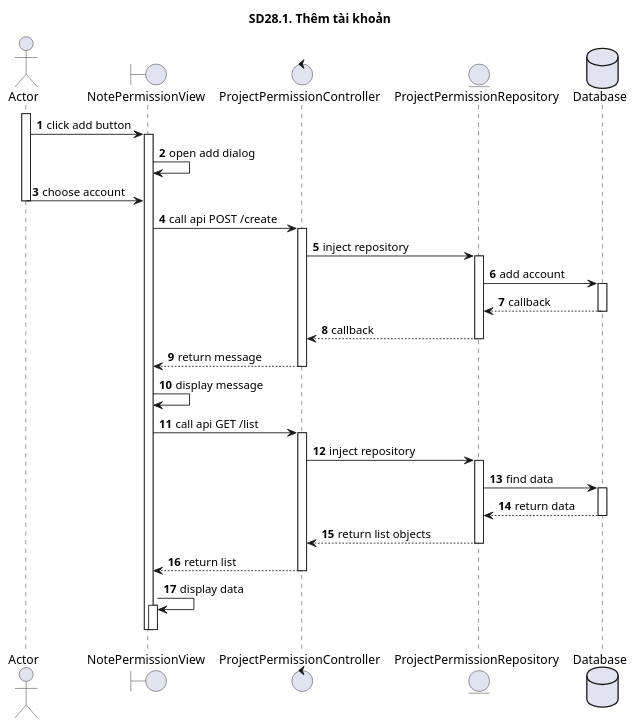
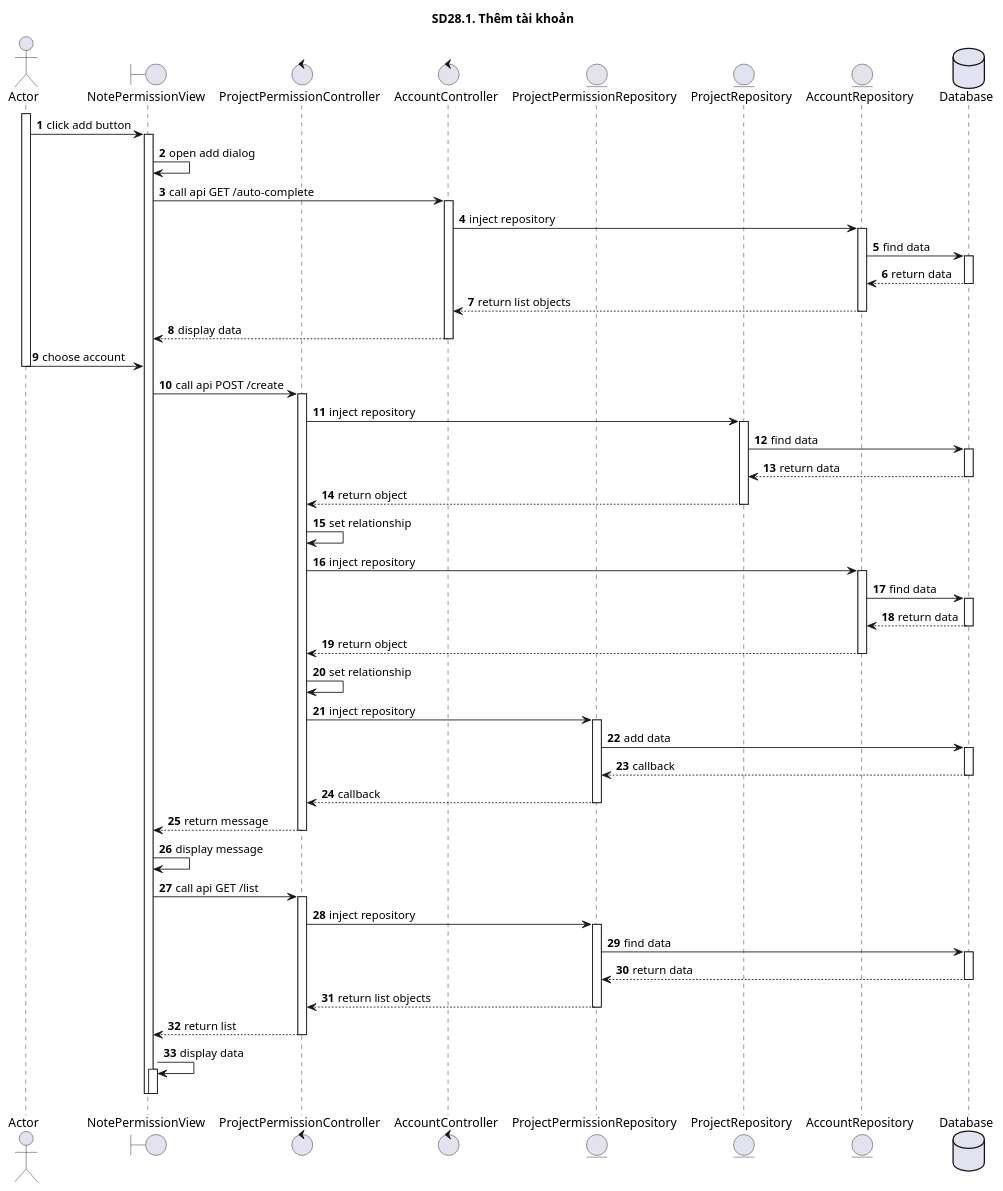
The diagram in 28_PhanQuyenGhiChu/sd28.1.puml (ITZ-Developers/Finance-UML), drawn with PlantUML before and after one commit. The commit also changed 3 other files, not shown here.

```diff
--- a/28_PhanQuyenGhiChu/sd28.1.puml
+++ b/28_PhanQuyenGhiChu/sd28.1.puml
@@ -1,44 +1,77 @@
 @startuml SQ
 autonumber
 title SD28.1. Thêm tài khoản
 actor "Actor" as actor
 boundary "NotePermissionView" as view
 control "ProjectPermissionController" as controller
+control "AccountController" as account
 entity "ProjectPermissionRepository" as model
+entity "ProjectRepository" as pj
+entity "AccountRepository" as acc
 database "Database" as database
 activate actor
 actor -> view: click add button
 activate view
 view -> view: open add dialog
+view -> account : call api GET /auto-complete
+activate account
+account -> acc : inject repository
+activate acc
+acc -> database : find data
+activate database
+database --> acc: return data
+deactivate database
+acc --> account: return list objects
+deactivate acc
+account --> view: display data
+deactivate account
 actor -> view: choose account
 deactivate actor
 view -> controller: call api POST /create
 activate controller
+controller -> pj : inject repository
+activate pj
+pj -> database : find data
+activate database
+database --> pj: return data
+deactivate database
+pj --> controller : return object
+deactivate pj
+controller -> controller: set relationship
+controller -> acc : inject repository
+activate acc
+acc -> database : find data
+activate database
+database --> acc: return data
+deactivate database
+acc --> controller : return object
+deactivate acc
+controller -> controller: set relationship
 controller -> model: inject repository
 activate model
-model -> database: add account
+model -> database: add data
 activate database
 database --> model: callback
 deactivate database
 model --> controller: callback
 deactivate model
 controller --> view: return message
 deactivate controller
 view -> view: display message
 view -> controller: call api GET /list
 activate controller
 controller -> model: inject repository
 activate model
 model -> database: find data
 activate database
 database --> model: return data
 deactivate database
 model --> controller: return list objects
 deactivate model
 controller --> view: return list
 deactivate controller
 view -> view: display data
 activate view
 deactivate view
 deactivate view
 @enduml
```
